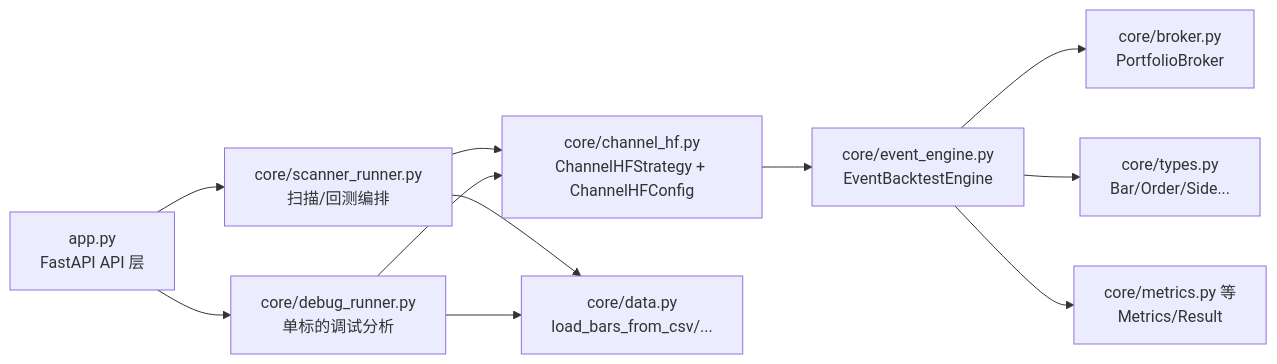
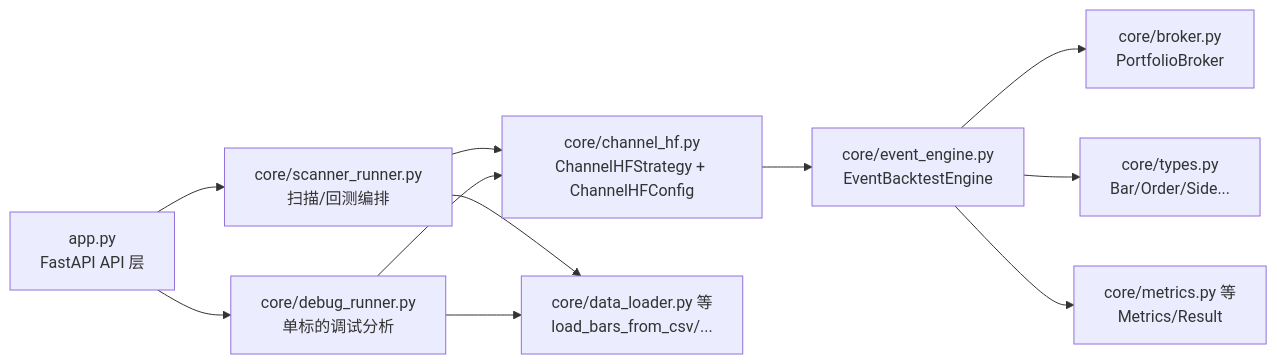
One commit to Richard-Gao-Code/band-strategy-system changed the first of 4 diagrams in ARCHITECTURE.md. Above: the diagram before and after it, drawn with Mermaid. The commit also changed other lines of this file, not shown here.

````diff
--- a/ARCHITECTURE.md
+++ b/ARCHITECTURE.md
@@ -215,16 +215,16 @@
 ```mermaid
 flowchart LR
   A[app.py<br/>FastAPI API 层] --> B[core/scanner_runner.py<br/>扫描/回测编排]
   A --> C[core/debug_runner.py<br/>单标的调试分析]
 
   B --> D[core/channel_hf.py<br/>ChannelHFStrategy + ChannelHFConfig]
   C --> D
 
   D --> E[core/event_engine.py<br/>EventBacktestEngine]
   E --> F[core/broker.py<br/>PortfolioBroker]
   E --> G[core/types.py<br/>Bar/Order/Side...]
 
-  B --> H[core/data.py<br/>load_bars_from_csv/...]
+  B --> H[core/data_loader.py 等<br/>load_bars_from_csv/...]
   C --> H
   E --> I[core/metrics.py 等<br/>Metrics/Result]
 ```
````
